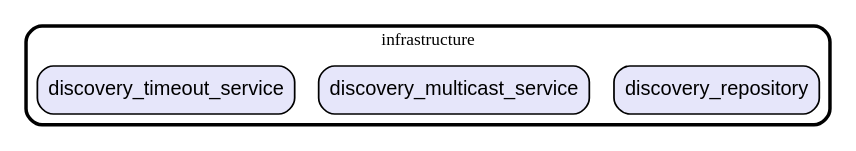
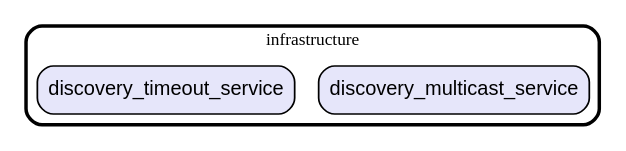
Before and after one commit to gev/reacthome-mobile: the diagram in graph/lib/features/discovery/infrastructure.dot, drawn with Graphviz. The commit also changed 22 other files, not shown here.

Commit message:
update dependencies graph

```diff
--- a/graph/lib/features/discovery/infrastructure.dot
+++ b/graph/lib/features/discovery/infrastructure.dot
@@ -1,14 +1,12 @@
 digraph "" {
   graph [style=rounded fontname="Arial Black" fontsize=13 penwidth=2.6];
   node [shape=rect style="filled,rounded" fontname=Arial fontsize=15 fillcolor=Lavender penwidth=1.3];
   edge [penwidth=1.3];
-  "/discovery_repository.dart" [label="discovery_repository"];
   "/discovery_multicast_service.dart" [label="discovery_multicast_service"];
   "/discovery_timeout_service.dart" [label="discovery_timeout_service"];
   subgraph "cluster~" {
     label="infrastructure";
-    "/discovery_repository.dart";
     "/discovery_multicast_service.dart";
     "/discovery_timeout_service.dart";
   }
 }
```
